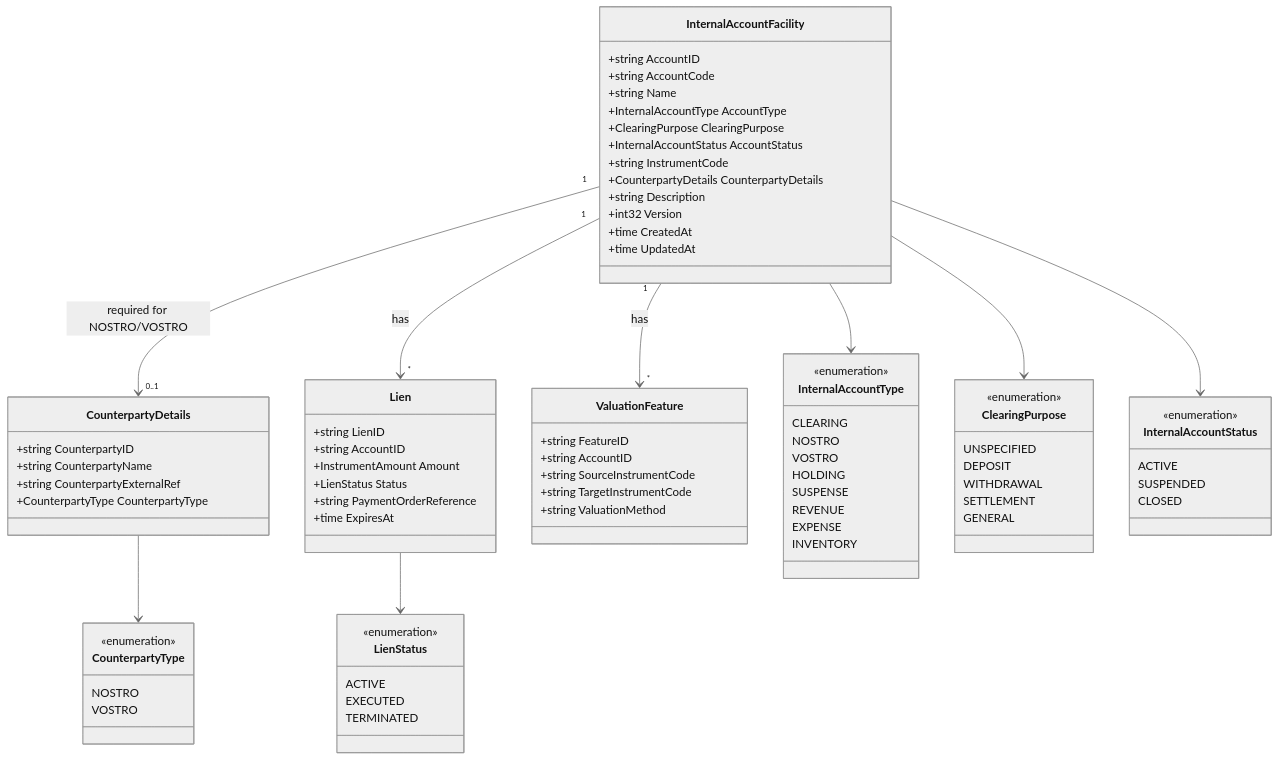
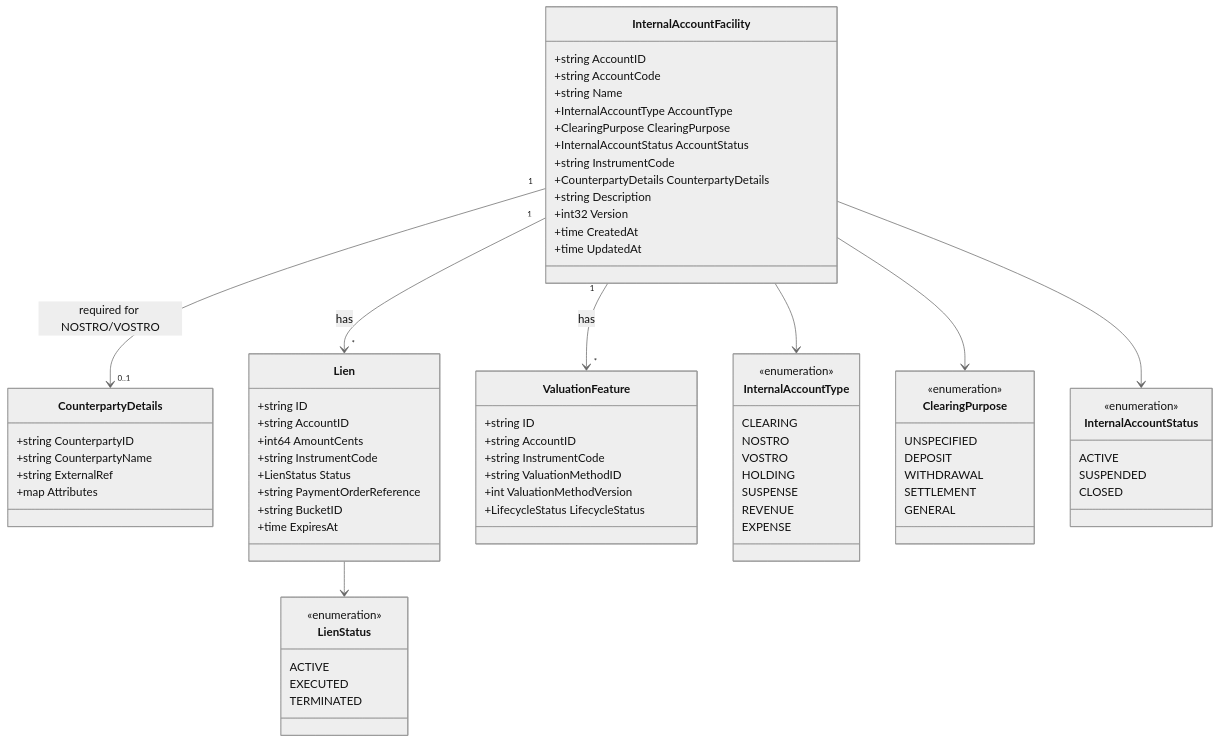
Before and after one commit to meridianhub/meridian: the diagram in services/internal-account/README.md, drawn with Mermaid (neutral theme). The commit also changed other lines of this file and 4 other files, not shown here.

````diff
--- a/services/internal-account/README.md
+++ b/services/internal-account/README.md
@@ -88,25 +88,28 @@
     class CounterpartyDetails {
         +string CounterpartyID
         +string CounterpartyName
-        +string CounterpartyExternalRef
-        +CounterpartyType CounterpartyType
+        +string ExternalRef
+        +map Attributes
     }
 
     class Lien {
-        +string LienID
+        +string ID
         +string AccountID
-        +InstrumentAmount Amount
+        +int64 AmountCents
+        +string InstrumentCode
         +LienStatus Status
         +string PaymentOrderReference
+        +string BucketID
         +time ExpiresAt
     }
 
     class ValuationFeature {
-        +string FeatureID
+        +string ID
         +string AccountID
-        +string SourceInstrumentCode
-        +string TargetInstrumentCode
-        +string ValuationMethod
+        +string InstrumentCode
+        +string ValuationMethodID
+        +int ValuationMethodVersion
+        +LifecycleStatus LifecycleStatus
     }
 
     class InternalAccountType {
@@ -118,7 +121,6 @@
         SUSPENSE
         REVENUE
         EXPENSE
-        INVENTORY
     }
 
     class ClearingPurpose {
@@ -144,18 +146,11 @@
         TERMINATED
     }
 
-    class CounterpartyType {
-        <<enumeration>>
-        NOSTRO
-        VOSTRO
-    }
-
     InternalAccountFacility --> InternalAccountType
     InternalAccountFacility --> ClearingPurpose
     InternalAccountFacility --> InternalAccountStatus
     InternalAccountFacility "1" --> "0..1" CounterpartyDetails : required for NOSTRO/VOSTRO
     InternalAccountFacility "1" --> "*" Lien : has
     InternalAccountFacility "1" --> "*" ValuationFeature : has
-    CounterpartyDetails --> CounterpartyType
     Lien --> LienStatus
 ```
````
